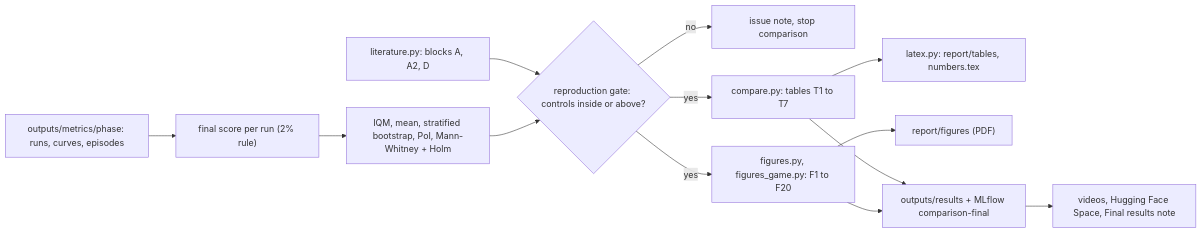
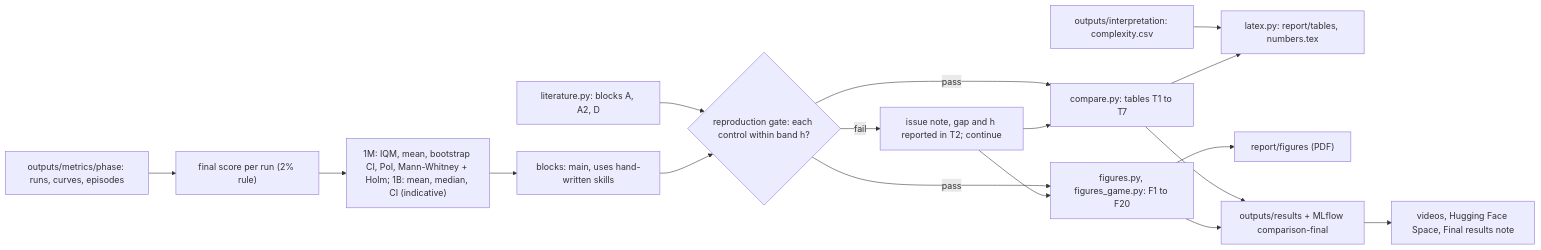
Before and after one commit to Pawlo77/rl-craftmax: the diagram in plans/2026-10-20-craftax-project/2026-10-20-craftax-comparison-and-results.md, drawn with Mermaid. The commit also changed other lines of this file and 27 other files, not shown here.

````diff
--- a/plans/2026-10-20-craftax-project/2026-10-20-craftax-comparison-and-results.md
+++ b/plans/2026-10-20-craftax-project/2026-10-20-craftax-comparison-and-results.md
@@ -25,15 +25,19 @@
 ```mermaid
 flowchart LR
   EX["outputs/metrics/phase: runs, curves, episodes"] --> FS["final score per run (2% rule)"]
   LIT["literature.py: blocks A, A2, D"] --> G
-  FS --> ST["IQM, mean, stratified bootstrap, PoI, Mann-Whitney + Holm"]
-  ST --> G{"reproduction gate: controls inside or above?"}
-  G -->|no| IS["issue note, stop comparison"]
-  G -->|yes| T["compare.py: tables T1 to T7"]
-  G -->|yes| F["figures.py, figures_game.py: F1 to F20"]
+  FS --> ST["1M: IQM, mean, bootstrap CI, PoI, Mann-Whitney + Holm; 1B: mean, median, CI (indicative)"]
+  ST --> BL["blocks: main, uses hand-written skills"]
+  BL --> G{"reproduction gate: each control within band h?"}
+  G -->|pass| T["compare.py: tables T1 to T7"]
+  G -->|pass| F["figures.py, figures_game.py: F1 to F20"]
+  G -->|fail| IS["issue note, gap and h reported in T2; continue"]
+  IS --> T
+  IS --> F
+  INT["outputs/interpretation: complexity.csv"] --> LX
   T --> LX["latex.py: report/tables, numbers.tex"]
   F --> RF["report/figures (PDF)"]
   T --> OUT["outputs/results + MLflow comparison-final"]
   F --> OUT
   OUT --> USE["videos, Hugging Face Space, Final results note"]
 ```
````
